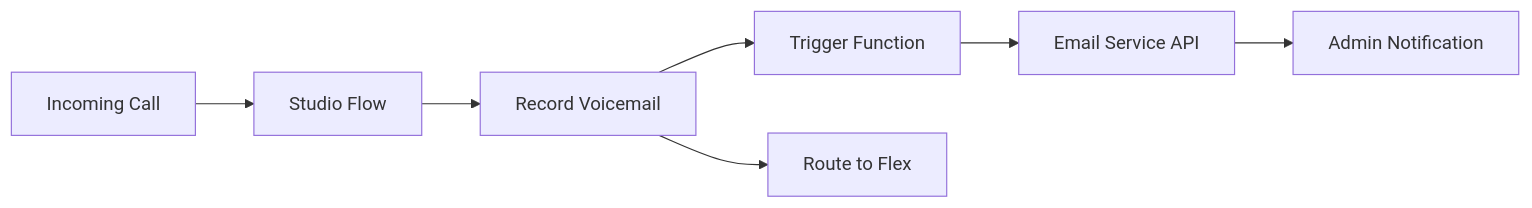
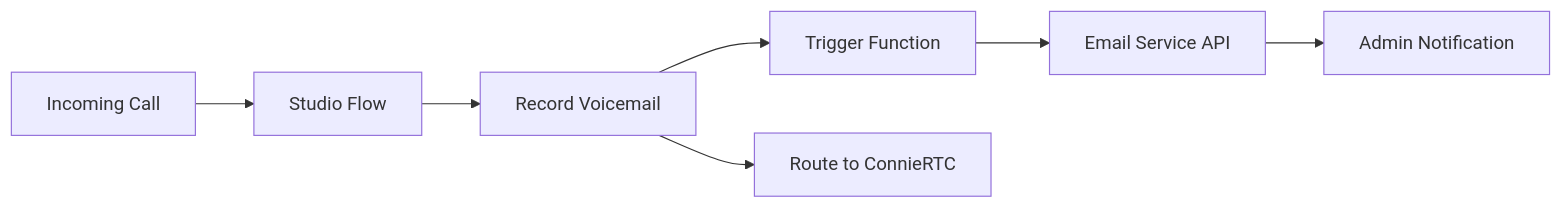
One commit to ConnieML/docs.connie changed the diagram in docs/developers/building/feature-management/channels/voice/voicemail/index.md. Above: the diagram before and after it, drawn with Mermaid. The commit also changed other lines of this file and 120 other files, not shown here.

Commit message:
Replace Twilio with Connie and Flex with ConnieRTC throughout documentation

````diff
--- a/docs/developers/building/feature-management/channels/voice/voicemail/index.md
+++ b/docs/developers/building/feature-management/channels/voice/voicemail/index.md
@@ -158,9 +158,9 @@
 ```mermaid
 graph LR
     A[Incoming Call] --> B[Studio Flow]
     B --> C[Record Voicemail] 
     C --> D[Trigger Function]
     D --> E[Email Service API]
     E --> F[Admin Notification]
-    C --> G[Route to Flex]
+    C --> G[Route to ConnieRTC]
 ```
````
